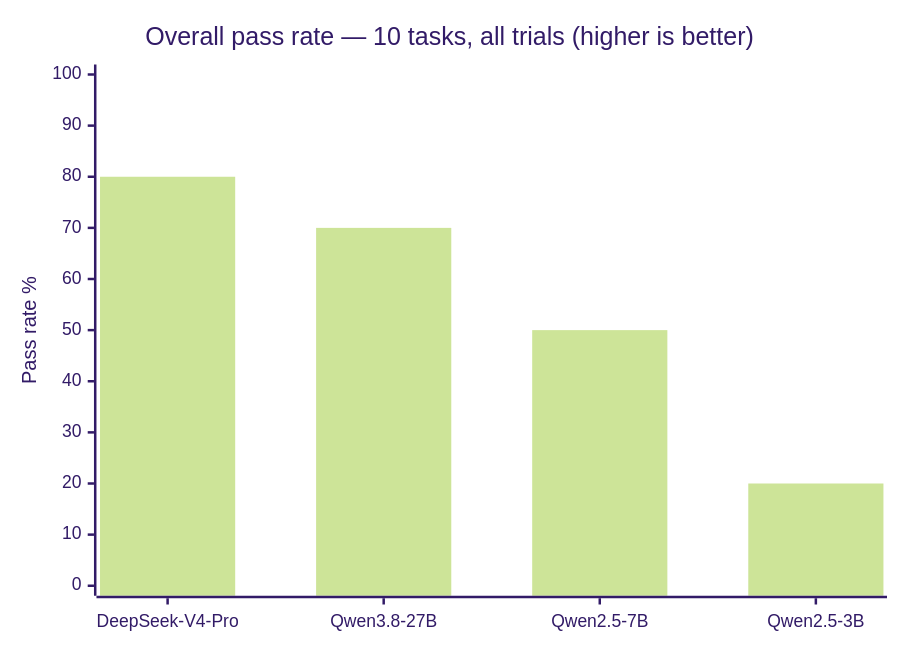
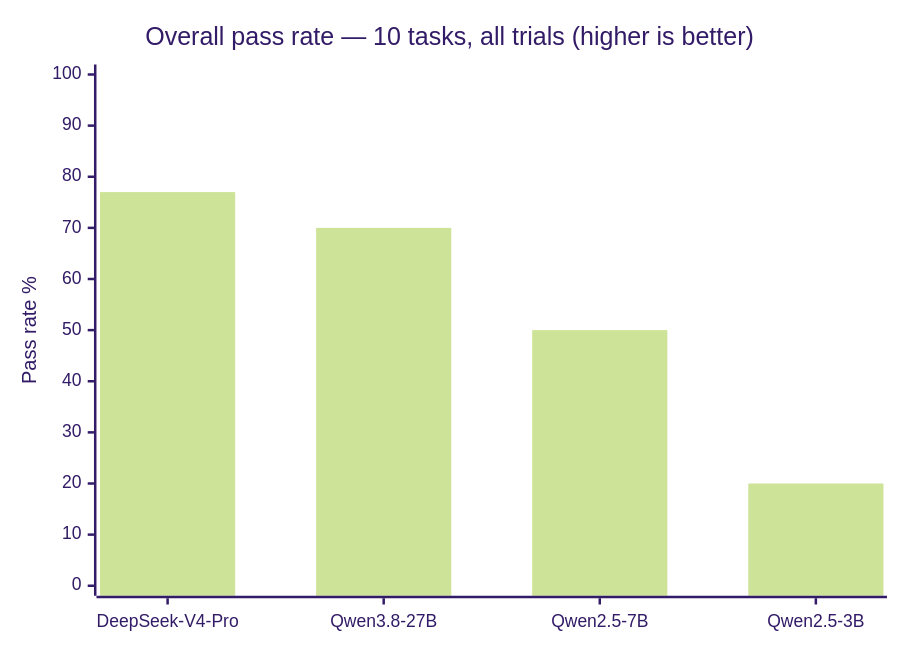
The diagram in README.md (MaahinVPanchal/safe-repair-eval), drawn with Mermaid (forest theme) before and after one commit. The commit also changed other lines of this file and 3 other files, not shown here.

````diff
--- a/README.md
+++ b/README.md
@@ -180,7 +180,7 @@
 ```mermaid
 xychart-beta
     title "Overall pass rate — 10 tasks, all trials (higher is better)"
     x-axis ["DeepSeek-V4-Pro", "Qwen3.8-27B", "Qwen2.5-7B", "Qwen2.5-3B"]
     y-axis "Pass rate %" 0 --> 100
-    bar [80, 70, 50, 20]
+    bar [77, 70, 50, 20]
 ```
````
